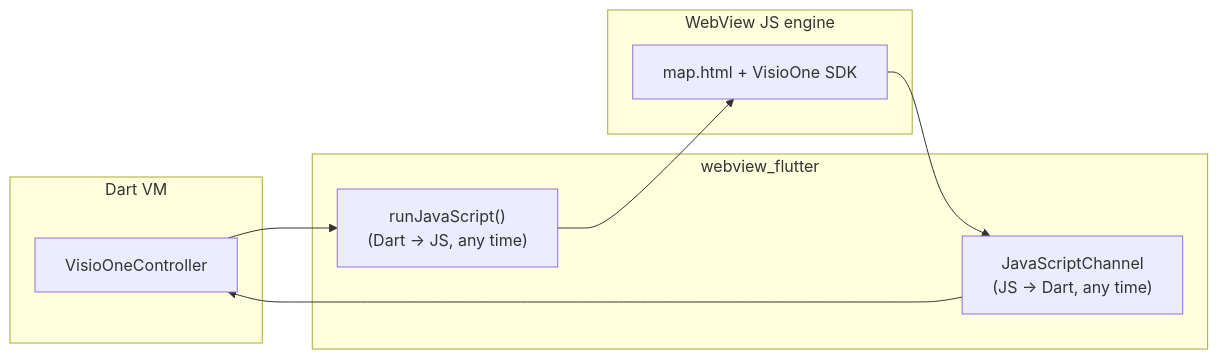
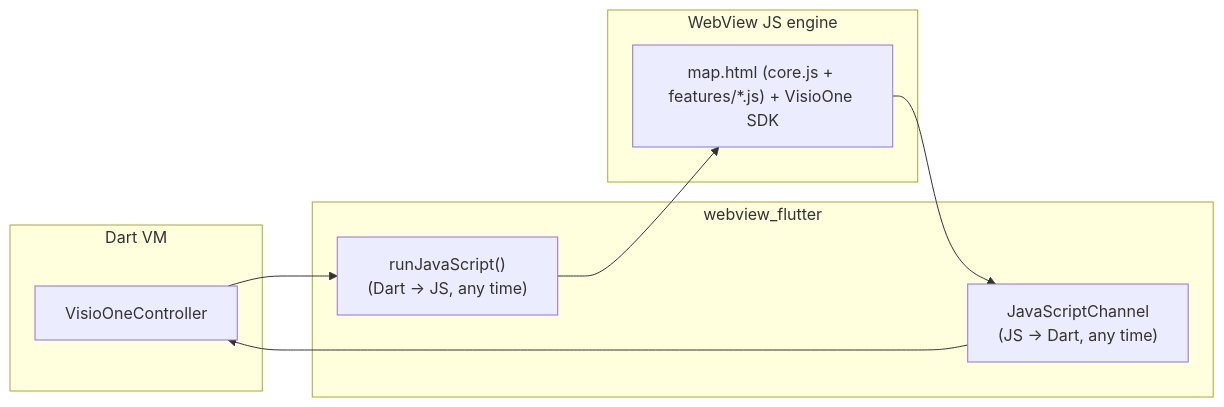
One commit to visioglobe-sas/VisioOneMeetFlutter changed the diagram in docs/COMMUNICATION_GUIDE.md. Above: the diagram before and after it, drawn with Mermaid. The commit also changed other lines of this file and 32 other files, not shown here.

````diff
--- a/docs/COMMUNICATION_GUIDE.md
+++ b/docs/COMMUNICATION_GUIDE.md
@@ -27,16 +27,16 @@
 ```mermaid
 graph LR
   subgraph Dart["Dart VM"]
     C["VisioOneController"]
   end
   subgraph Bridge["webview_flutter"]
     P1["runJavaScript()<br/>(Dart -> JS, any time)"]
     P2["JavaScriptChannel<br/>(JS -> Dart, any time)"]
   end
   subgraph Web["WebView JS engine"]
-    J["map.html + VisioOne SDK"]
+    J["map.html (core.js + features/*.js) + VisioOne SDK"]
   end
 
   C --> P1 --> J
   J --> P2 --> C
 ```
````
